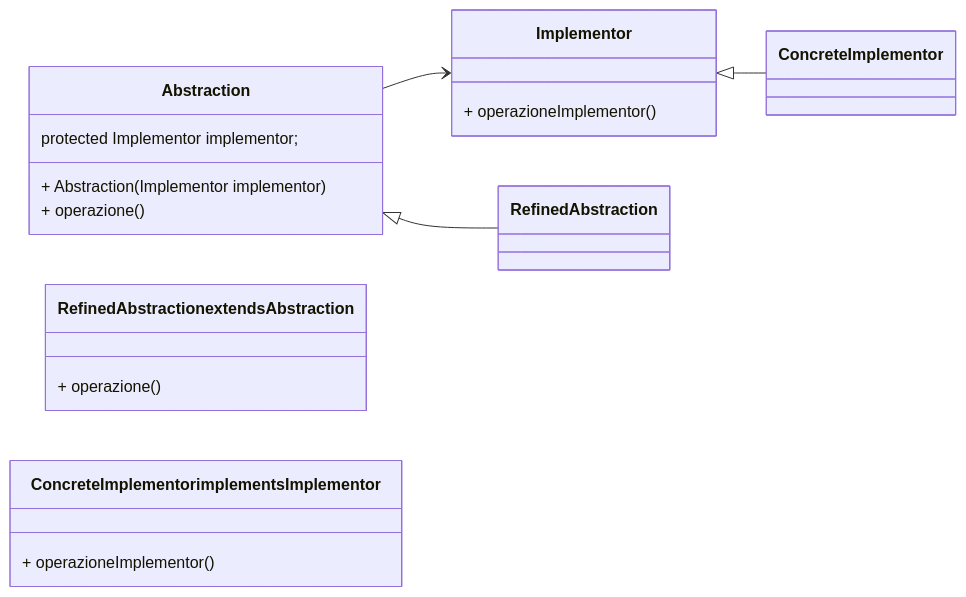
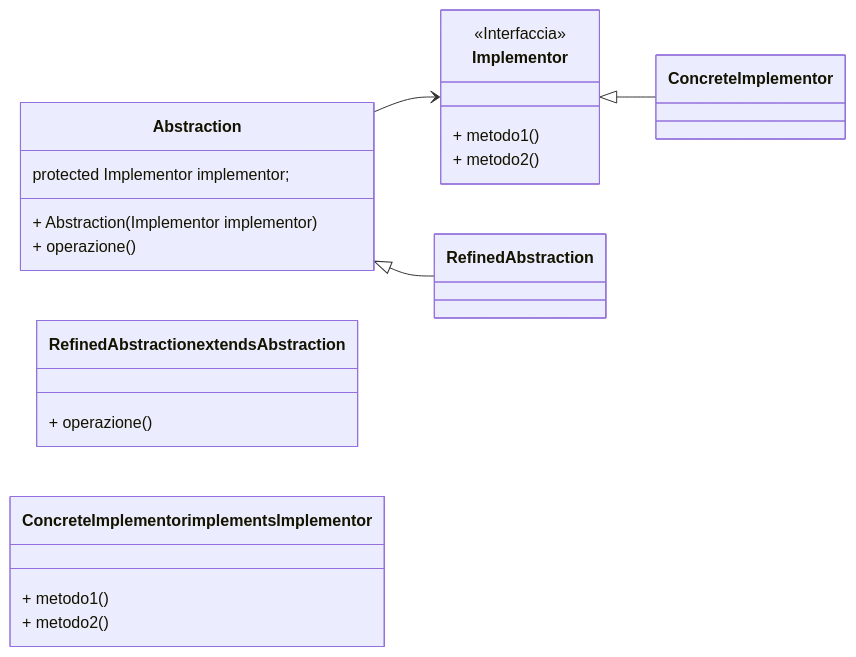
One commit to comarandr/comarandr.github.io changed the sixth of 7 diagrams in universita/oop.md. Above: the diagram before and after it, drawn with Mermaid. The commit also changed other lines of this file, not shown here.

````diff
--- a/universita/oop.md
+++ b/universita/oop.md
@@ -924,21 +1017,24 @@
 ```mermaid
 classDiagram
     direction LR
     class Abstraction{
         protected Implementor implementor;
         + Abstraction(Implementor implementor)
         + operazione()
     }
     class Implementor{
-        + operazioneImplementor()
+        <<Interfaccia>>
+        + metodo1()
+        + metodo2()
     }
     class RefinedAbstraction extends Abstraction{
         + operazione()
     }
     class ConcreteImplementor implements Implementor{
-        + operazioneImplementor()
+        + metodo1()
+        + metodo2()
     }
     Abstraction --> Implementor
     Abstraction <|-- RefinedAbstraction
     Implementor <|-- ConcreteImplementor
 ```
````
